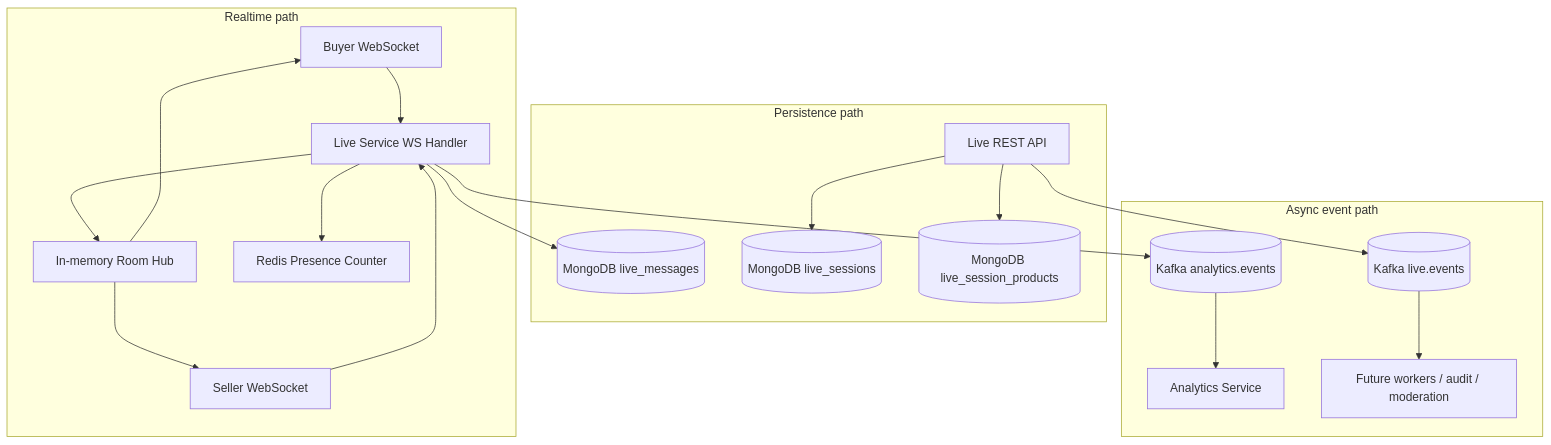
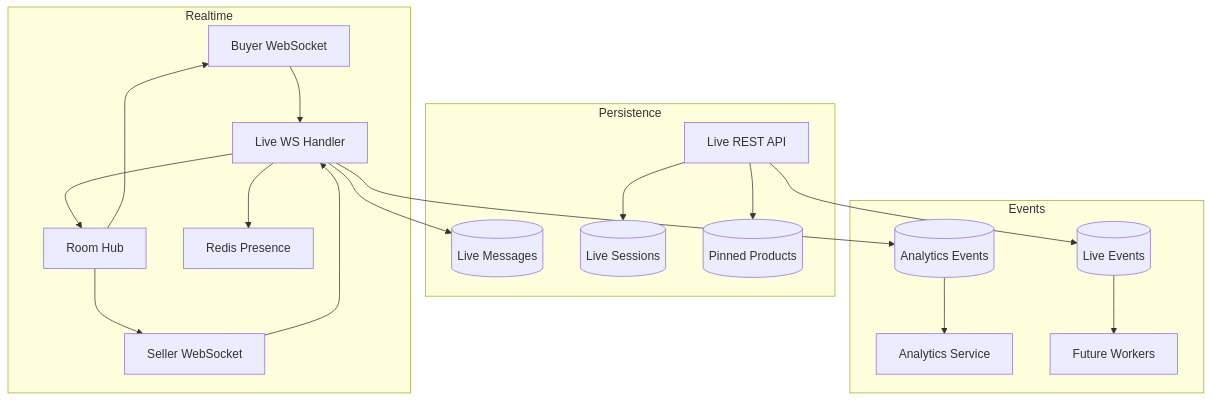
The third of 5 diagrams in docs/architecture/livestream-service-diagrams.md (truong-devops/ecommerce-microservices), drawn with Mermaid before and after one commit. The commit also changed other lines of this file and 17 other files, not shown here.

Commit message:
docs(media-commerce): add devsecops guides and diagrams

````diff
--- a/docs/architecture/livestream-service-diagrams.md
+++ b/docs/architecture/livestream-service-diagrams.md
@@ -93,24 +89,24 @@
 ```mermaid
-flowchart TB
-  subgraph Realtime["Realtime path"]
-    BuyerWS[Buyer WebSocket] --> LiveWS[Live Service WS Handler]
+graph TB
+  subgraph Realtime
+    BuyerWS[Buyer WebSocket] --> LiveWS[Live WS Handler]
     SellerWS[Seller WebSocket] --> LiveWS
-    LiveWS --> Hub[In-memory Room Hub]
+    LiveWS --> Hub[Room Hub]
     Hub --> BuyerWS
     Hub --> SellerWS
-    LiveWS --> RedisPresence[Redis Presence Counter]
+    LiveWS --> RedisPresence[Redis Presence]
   end
 
-  subgraph Persistence["Persistence path"]
-    LiveWS --> MongoMessages[(MongoDB live_messages)]
-    LiveAPI[Live REST API] --> MongoSessions[(MongoDB live_sessions)]
-    LiveAPI --> MongoProducts[(MongoDB live_session_products)]
+  subgraph Persistence
+    LiveWS --> MongoMessages[(Live Messages)]
+    LiveAPI[Live REST API] --> MongoSessions[(Live Sessions)]
+    LiveAPI --> MongoProducts[(Pinned Products)]
   end
 
-  subgraph Events["Async event path"]
-    LiveWS --> KafkaAnalytics[(Kafka analytics.events)]
-    LiveAPI --> KafkaLive[(Kafka live.events)]
+  subgraph Events
+    LiveWS --> KafkaAnalytics[(Analytics Events)]
+    LiveAPI --> KafkaLive[(Live Events)]
     KafkaAnalytics --> Analytics[Analytics Service]
-    KafkaLive --> AuditOrWorkers[Future workers / audit / moderation]
+    KafkaLive --> Workers[Future Workers]
   end
 ```
````
